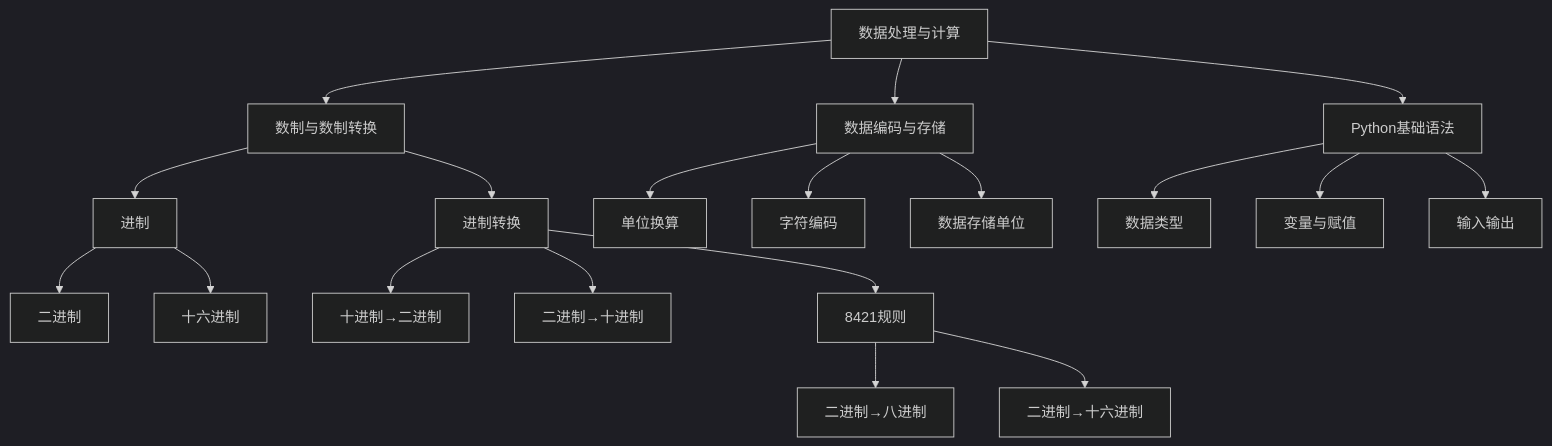
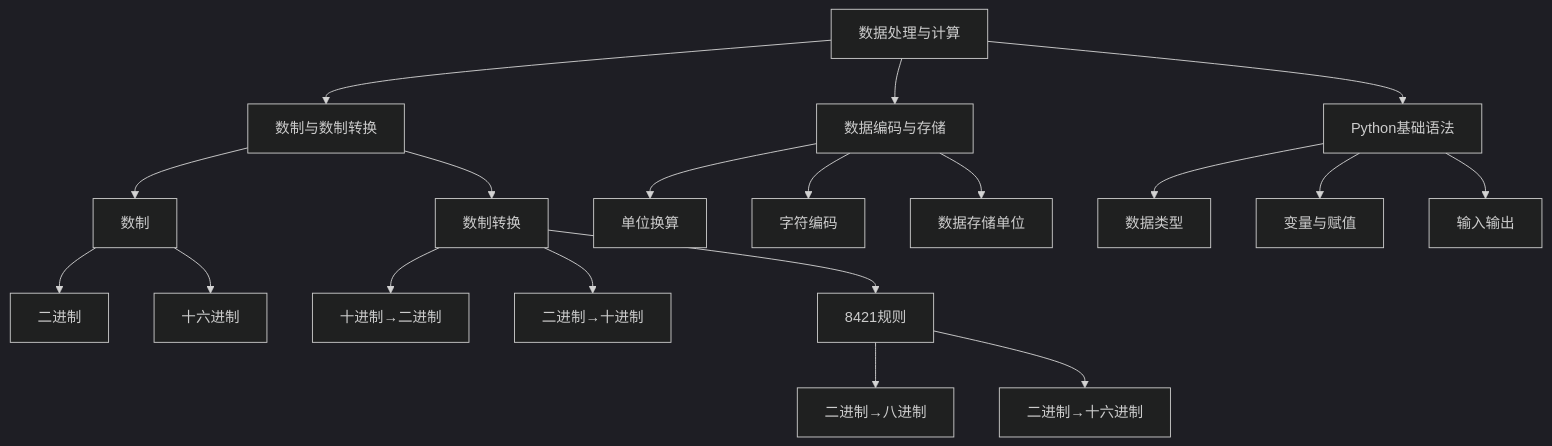
The diagram in 学考复习/专题学案/数据处理与计算.md (wenqn/beike), drawn with Mermaid (dark theme) before and after one commit.

Commit message:
modified:   "\345\255\246\350\200\203\345\244\215\344\271\240/\344\270\223\351\242\230\345\255\246\346\241\210/\346\225\260\346\215\256\345\244\204\347\220\206\344\270\216\350\256\241\347\256\227.md"

````diff
--- a/学考复习/专题学案/数据处理与计算.md
+++ b/学考复习/专题学案/数据处理与计算.md
@@ -7,21 +7,21 @@
 ```mermaid
 graph TD
     A[数据处理与计算] --> B[数制与数制转换]
     A --> C[数据编码与存储]
     C --> D[单位换算]
     C --> E[字符编码]
     A --> F[Python基础语法]
     F --> G[数据类型]
     O --> H[二进制]
     P --> I[十进制→二进制]
     P --> J[二进制→十进制]
     O --> K[十六进制]
     P --> L[8421规则]
     L --> M[二进制→八进制]
     L --> N[二进制→十六进制]
-    B --> O[进制]
-    B --> P[进制转换]
+    B --> O[数制]
+    B --> P[数制转换]
     C --> Q[数据存储单位]
     F --> R[变量与赋值]
     F --> S[输入输出]
 ```
````
